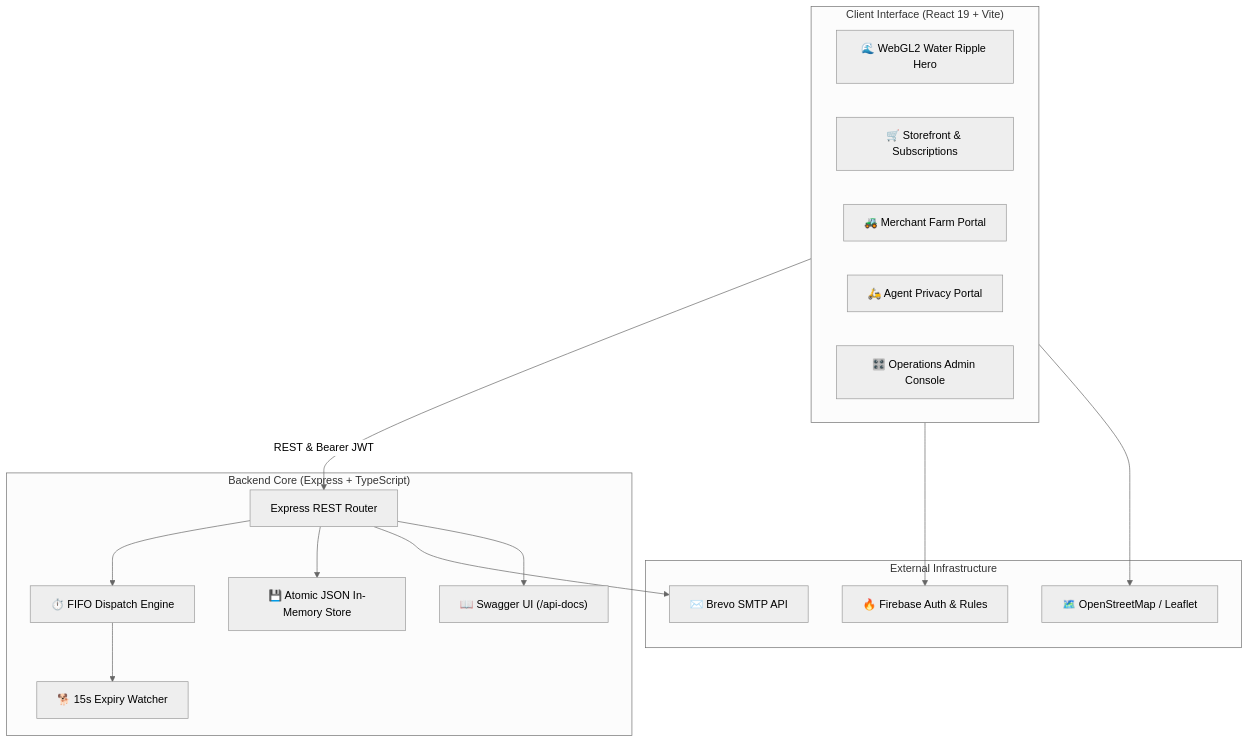
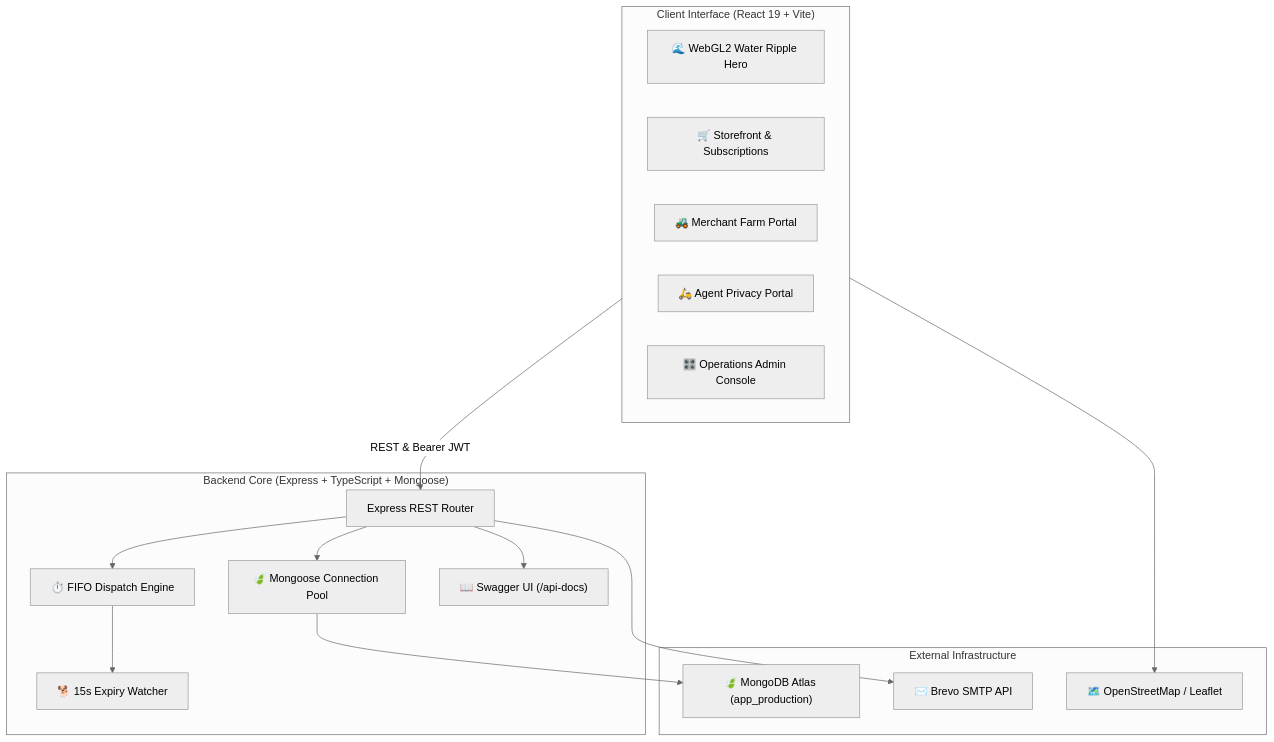
The first of 2 diagrams in README.md (SampathKumarVeesam/PureRoute), drawn with Mermaid (neutral theme) before and after one commit. The commit also changed other lines of this file and 19 other files, not shown here.

Commit message:
feat: complete migration from Firebase to MongoDB Atlas (app_production)

````diff
--- a/README.md
+++ b/README.md
@@ -94,33 +95,33 @@
 ```mermaid
 flowchart TD
     subgraph Client ["Client Interface (React 19 + Vite)"]
         Hero["🌊 WebGL2 Water Ripple Hero"]
         Store["🛒 Storefront & Subscriptions"]
         MerchantUI["🚜 Merchant Farm Portal"]
         AgentUI["🛵 Agent Privacy Portal"]
         AdminUI["🎛️ Operations Admin Console"]
     end
 
-    subgraph Server ["Backend Core (Express + TypeScript)"]
+    subgraph Server ["Backend Core (Express + TypeScript + Mongoose)"]
         Router["Express REST Router"]
         FIFO["⏱️ FIFO Dispatch Engine"]
         Watchdog["🐕 15s Expiry Watcher"]
-        StoreState["💾 Atomic JSON In-Memory Store"]
+        Database["🍃 Mongoose Connection Pool"]
         Swagger["📖 Swagger UI (/api-docs)"]
     end
 
     subgraph External ["External Infrastructure"]
+        Mongo["🍃 MongoDB Atlas (app_production)"]
         Brevo["✉️ Brevo SMTP API"]
-        Firebase["🔥 Firebase Auth & Rules"]
         Maps["🗺️ OpenStreetMap / Leaflet"]
     end
 
     Client -->|REST & Bearer JWT| Router
     Router --> FIFO
-    Router --> StoreState
+    Router --> Database
+    Database --> Mongo
     FIFO --> Watchdog
     Router --> Brevo
-    Client --> Firebase
     Client --> Maps
     Router --> Swagger
 ```
````
